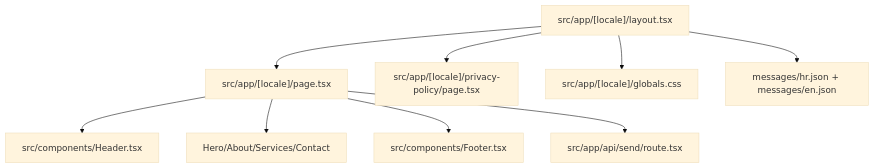
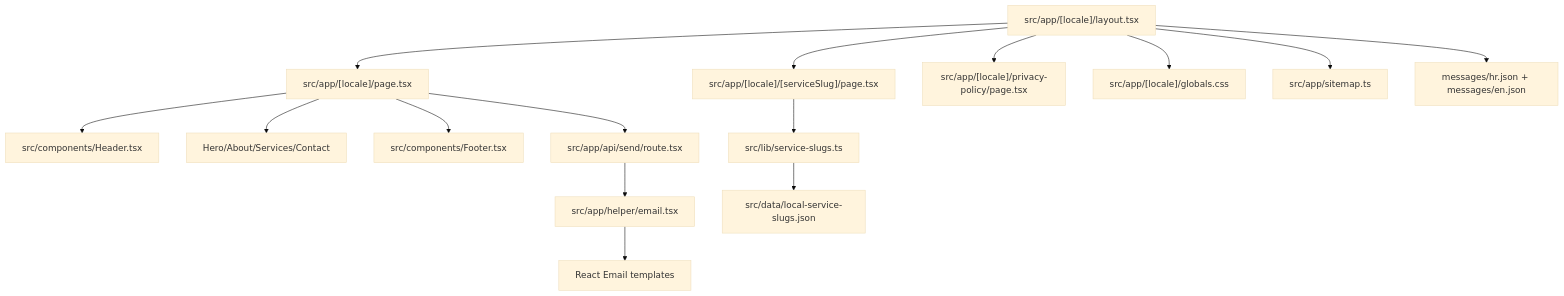
Before and after one commit to ipavic933-spec/website-pavic: the diagram in lode/summary.md, drawn with Mermaid (base theme). The commit also changed other lines of this file and 7 other files, not shown here.

````diff
--- a/lode/summary.md
+++ b/lode/summary.md
@@ -12,11 +14,17 @@
 ```mermaid
 graph TD
   Layout["src/app/[locale]/layout.tsx"] --> HomePage["src/app/[locale]/page.tsx"]
+  Layout --> ServicePage["src/app/[locale]/[serviceSlug]/page.tsx"]
   Layout --> PrivacyPage["src/app/[locale]/privacy-policy/page.tsx"]
   Layout --> Globals["src/app/[locale]/globals.css"]
   HomePage --> Header["src/components/Header.tsx"]
   HomePage --> Sections["Hero/About/Services/Contact"]
   HomePage --> Footer["src/components/Footer.tsx"]
   HomePage --> SendApi["src/app/api/send/route.tsx"]
+  ServicePage --> ServiceSlugs["src/lib/service-slugs.ts"]
+  ServiceSlugs --> LocalSlugConfig["src/data/local-service-slugs.json"]
+  SendApi --> EmailHelper["src/app/helper/email.tsx"]
+  EmailHelper --> Templates["React Email templates"]
+  Layout --> Sitemap["src/app/sitemap.ts"]
   Layout --> Messages["messages/hr.json + messages/en.json"]
 ```
````
